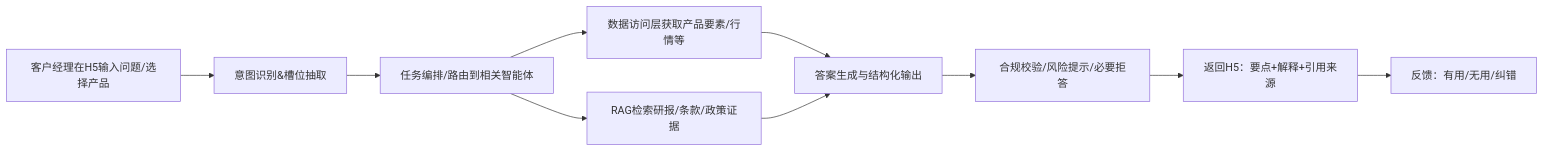
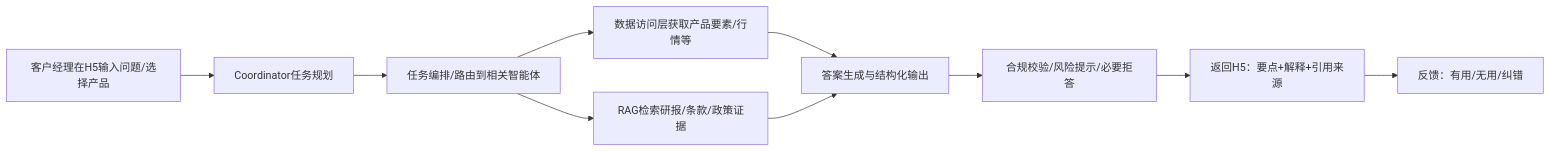
The first of 2 diagrams in .cursor/memory/prd.md (yds123-div/fpai), drawn with Mermaid before and after one commit. The commit also changed other lines of this file and 334 other files, not shown here.

````diff
--- a/.cursor/memory/prd.md
+++ b/.cursor/memory/prd.md
@@ -136,12 +136,12 @@
 ```mermaid
 flowchart LR
-  A[客户经理在H5输入问题/选择产品] --> B[意图识别&槽位抽取]
+  A[客户经理在H5输入问题/选择产品] --> B[Coordinator任务规划]
   B --> C[任务编排/路由到相关智能体]
   C --> D[数据访问层获取产品要素/行情等]
   C --> E[RAG检索研报/条款/政策证据]
   D --> F[答案生成与结构化输出]
   E --> F
   F --> G[合规校验/风险提示/必要拒答]
   G --> H[返回H5：要点+解释+引用来源]
   H --> I[反馈：有用/无用/纠错]
 ```
````
